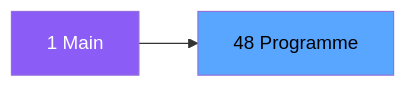
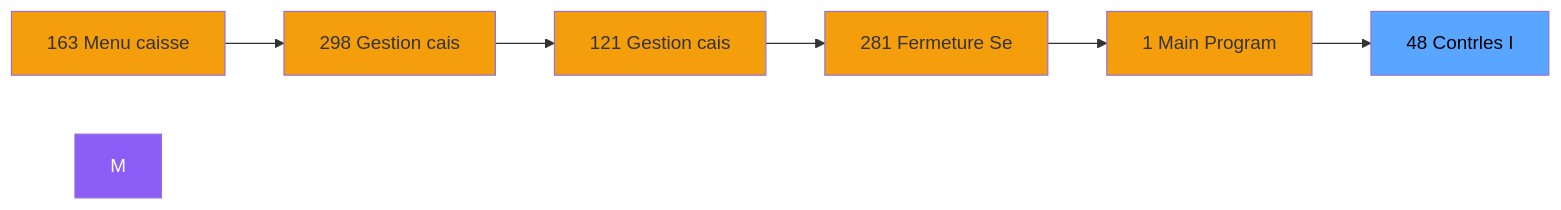
Before and after one commit to thonyAGP/magic-migration: the second of 3 diagrams in .openspec/specs/ADH-IDE-48.md, drawn with Mermaid. The commit also changed other lines of this file and 323 other files, not shown here.

````diff
--- a/.openspec/specs/ADH-IDE-48.md
+++ b/.openspec/specs/ADH-IDE-48.md
@@ -104,8 +123,21 @@
 ```mermaid
 graph LR
-    M[1 Main]
-    T[48 Programme]
-    M --> T
+    N163[163 Menu caisse ]
+    N298[298 Gestion cais]
+    N121[121 Gestion cais]
+    N281[281 Fermeture Se]
+    N1[1 Main Program]
+    T[48 Contrles   I]
+    N163 --> N298
+    N298 --> N121
+    N121 --> N281
+    N281 --> N1
+    N1 --> T
     style M fill:#8b5cf6,color:#fff
+    style N163 fill:#f59e0b
+    style N298 fill:#f59e0b
+    style N121 fill:#f59e0b
+    style N281 fill:#f59e0b
+    style N1 fill:#f59e0b
     style T fill:#58a6ff,color:#000
 ```
````
